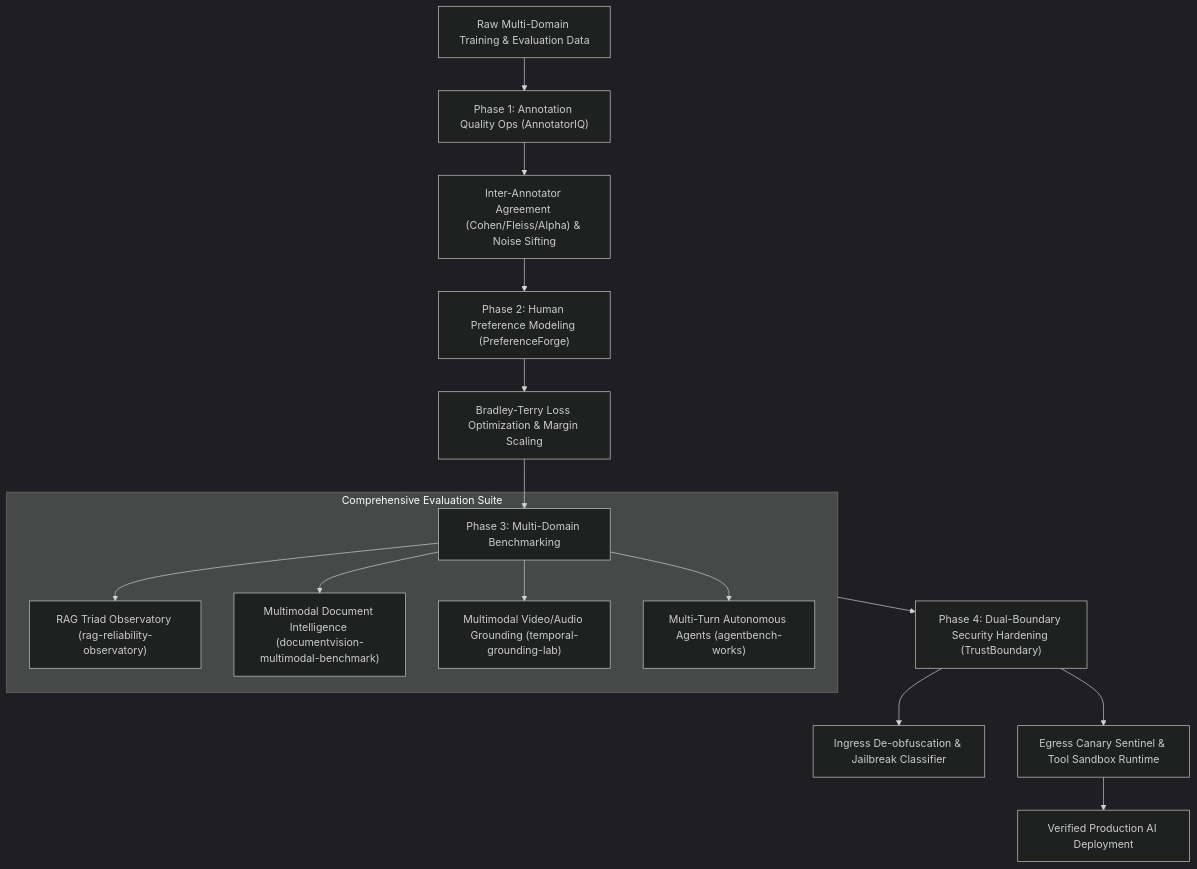
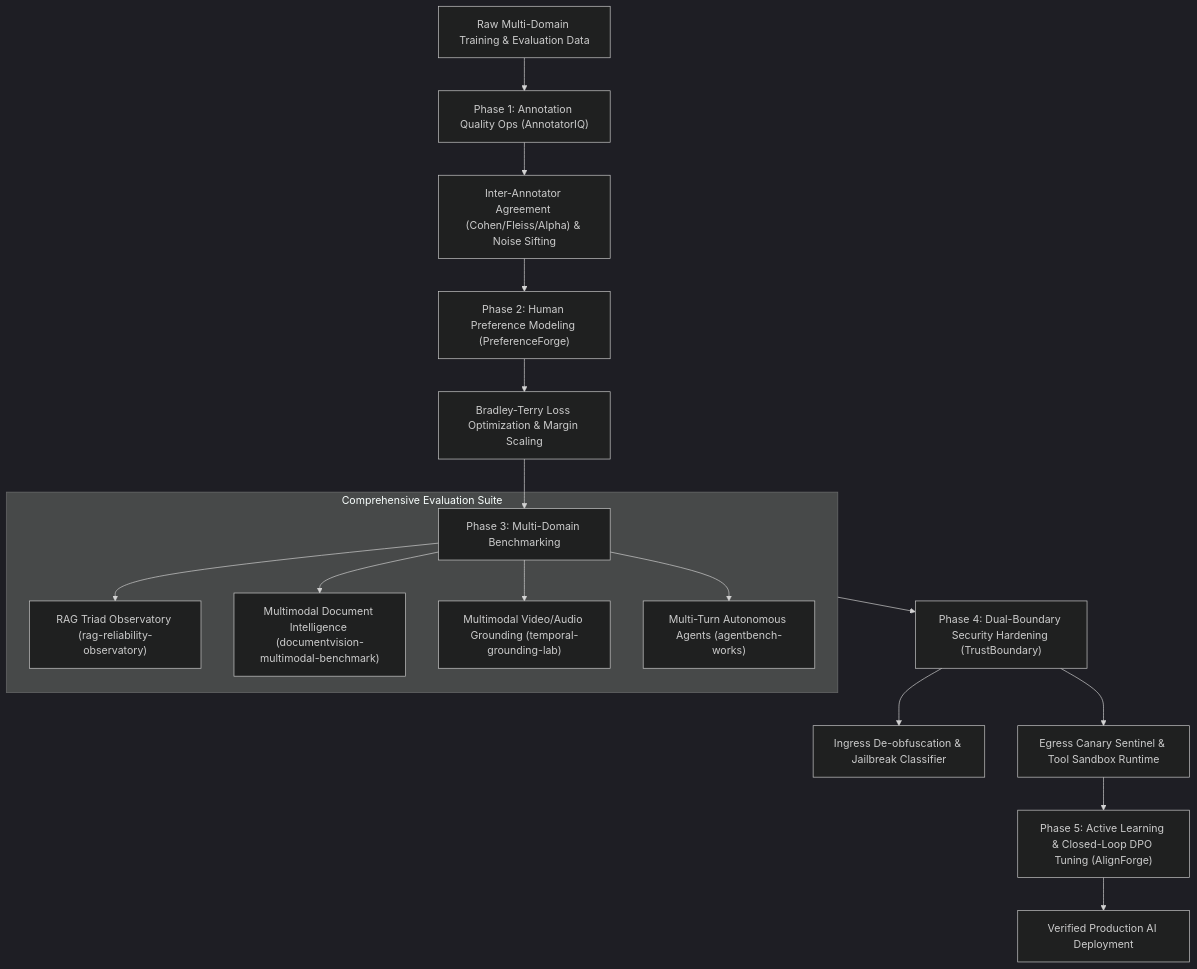
The diagram in README.md (master72o/master72o), drawn with Mermaid (dark theme) before and after one commit. The commit also changed other lines of this file, not shown here.

Commit message:
docs(profile): expand portfolio to 8 flagships with AlignForge active learning and DPO studio

````diff
--- a/README.md
+++ b/README.md
@@ -45,20 +45,21 @@
 ```mermaid
 graph TD
     DataFlow["Raw Multi-Domain Training & Evaluation Data"] --> DataQuality["Phase 1: Annotation Quality Ops (AnnotatorIQ)"]
     DataQuality --> Agreement["Inter-Annotator Agreement (Cohen/Fleiss/Alpha) & Noise Sifting"]
     Agreement --> AlignModel["Phase 2: Human Preference Modeling (PreferenceForge)"]
     AlignModel --> DPO["Bradley-Terry Loss Optimization & Margin Scaling"]
     
     DPO --> MultiEval["Phase 3: Multi-Domain Benchmarking"]
     subgraph Benchmarks["Comprehensive Evaluation Suite"]
         MultiEval --> RAGObs["RAG Triad Observatory (rag-reliability-observatory)"]
         MultiEval --> DocVis["Multimodal Document Intelligence (documentvision-multimodal-benchmark)"]
         MultiEval --> TempLab["Multimodal Video/Audio Grounding (temporal-grounding-lab)"]
         MultiEval --> AgentBench["Multi-Turn Autonomous Agents (agentbench-works)"]
     end
     
     Benchmarks --> SecurityGate["Phase 4: Dual-Boundary Security Hardening (TrustBoundary)"]
     SecurityGate --> IngressNorm["Ingress De-obfuscation & Jailbreak Classifier"]
     SecurityGate --> EgressScrub["Egress Canary Sentinel & Tool Sandbox Runtime"]
-    EgressScrub --> ProdReady["Verified Production AI Deployment"]
+    EgressScrub --> AlignForge["Phase 5: Active Learning & Closed-Loop DPO Tuning (AlignForge)"]
+    AlignForge --> ProdReady["Verified Production AI Deployment"]
 ```
````
